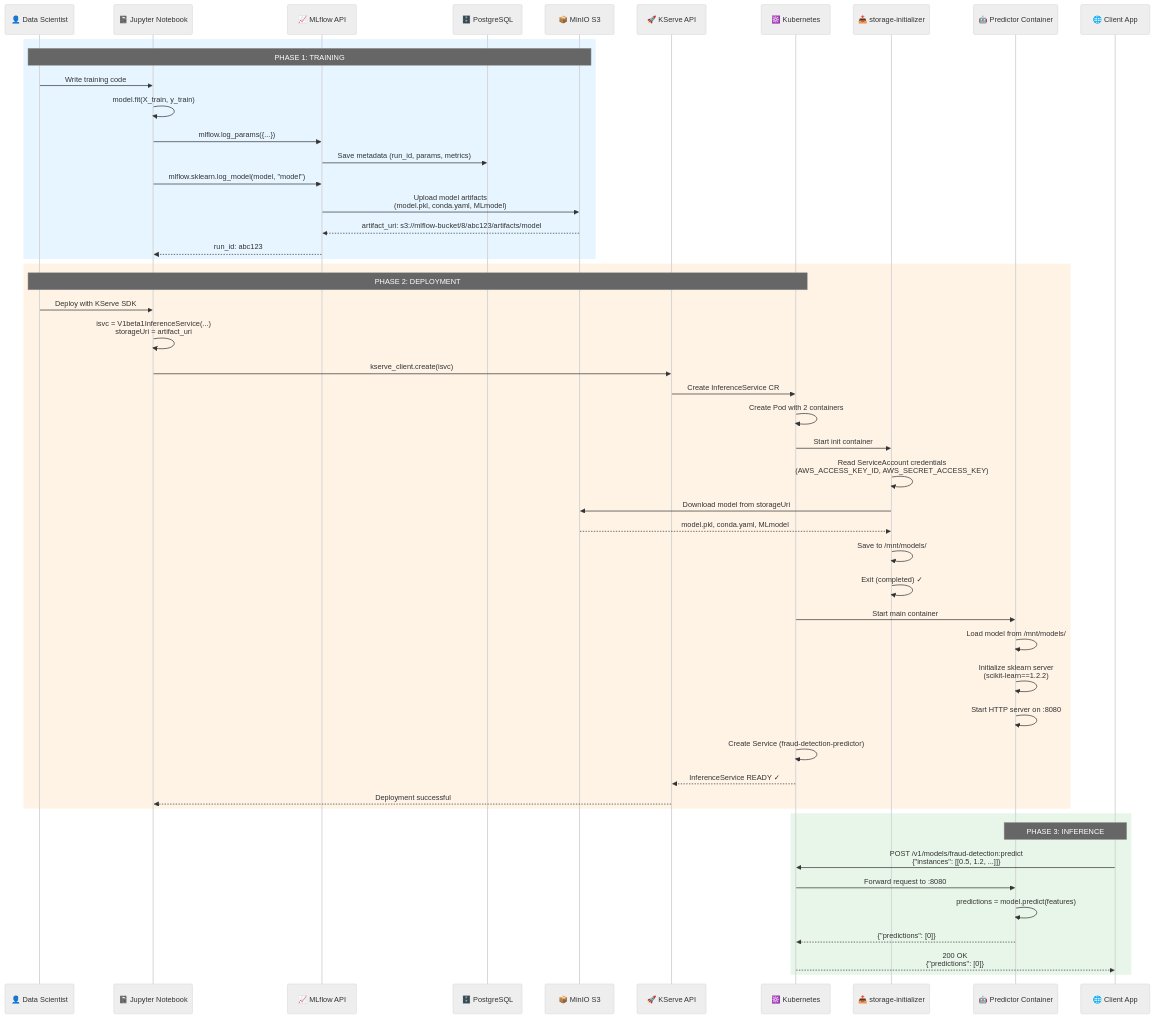
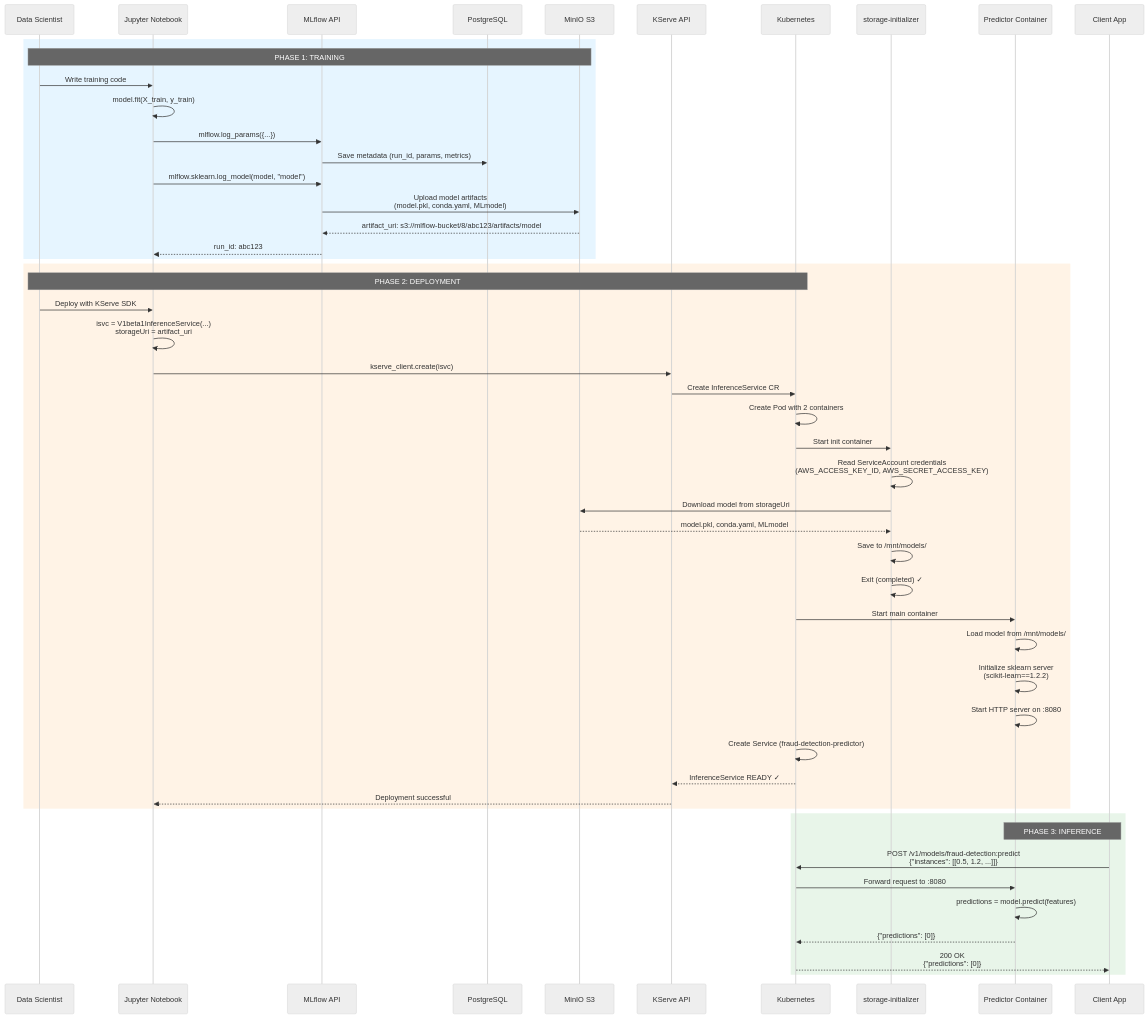
Before and after one commit to tavigingu/model-rift-ops: the second of 2 diagrams in README.md, drawn with Mermaid (neutral theme). The commit also changed other lines of this file and 1 other file, not shown here.

````diff
--- a/README.md
+++ b/README.md
@@ -312,58 +312,58 @@
 ```mermaid
 sequenceDiagram
-    participant User as 👤 Data Scientist
-    participant Notebook as 📓 Jupyter Notebook
-    participant MLflow as 📈 MLflow API
-    participant Postgres as 🗄️ PostgreSQL
-    participant Minio as 📦 MinIO S3
-    participant KServe as 🚀 KServe API
-    participant K8s as ☸️ Kubernetes
-    participant InitC as 📥 storage-initializer
-    participant PredC as 🤖 Predictor Container
-    participant Client as 🌐 Client App
+    participant User as Data Scientist
+    participant Notebook as Jupyter Notebook
+    participant MLflow as MLflow API
+    participant Postgres as PostgreSQL
+    participant Minio as MinIO S3
+    participant KServe as KServe API
+    participant K8s as Kubernetes
+    participant InitC as storage-initializer
+    participant PredC as Predictor Container
+    participant Client as Client App
 
     rect rgb(230, 245, 255)
     Note over User,Minio: PHASE 1: TRAINING
     User->>Notebook: Write training code
     Notebook->>Notebook: model.fit(X_train, y_train)
     Notebook->>MLflow: mlflow.log_params({...})
     MLflow->>Postgres: Save metadata (run_id, params, metrics)
     Notebook->>MLflow: mlflow.sklearn.log_model(model, "model")
     MLflow->>Minio: Upload model artifacts<br/>(model.pkl, conda.yaml, MLmodel)
     Minio-->>MLflow: artifact_uri: s3://mlflow-bucket/8/abc123/artifacts/model
     MLflow-->>Notebook: run_id: abc123
     end
 
     rect rgb(255, 243, 230)
     Note over User,K8s: PHASE 2: DEPLOYMENT
     User->>Notebook: Deploy with KServe SDK
     Notebook->>Notebook: isvc = V1beta1InferenceService(...)<br/>storageUri = artifact_uri
     Notebook->>KServe: kserve_client.create(isvc)
     KServe->>K8s: Create InferenceService CR
     K8s->>K8s: Create Pod with 2 containers
     
     K8s->>InitC: Start init container
     InitC->>InitC: Read ServiceAccount credentials<br/>(AWS_ACCESS_KEY_ID, AWS_SECRET_ACCESS_KEY)
     InitC->>Minio: Download model from storageUri
     Minio-->>InitC: model.pkl, conda.yaml, MLmodel
     InitC->>InitC: Save to /mnt/models/
     InitC->>InitC: Exit (completed) ✓
     
     K8s->>PredC: Start main container
     PredC->>PredC: Load model from /mnt/models/
     PredC->>PredC: Initialize sklearn server<br/>(scikit-learn==1.2.2)
     PredC->>PredC: Start HTTP server on :8080
     K8s->>K8s: Create Service (fraud-detection-predictor)
     K8s-->>KServe: InferenceService READY ✓
     KServe-->>Notebook: Deployment successful
     end
 
     rect rgb(232, 245, 233)
     Note over Client,PredC: PHASE 3: INFERENCE
     Client->>K8s: POST /v1/models/fraud-detection:predict<br/>{"instances": [[0.5, 1.2, ...]]}
     K8s->>PredC: Forward request to :8080
     PredC->>PredC: predictions = model.predict(features)
     PredC-->>K8s: {"predictions": [0]}
     K8s-->>Client: 200 OK<br/>{"predictions": [0]}
     end
 ```
````
